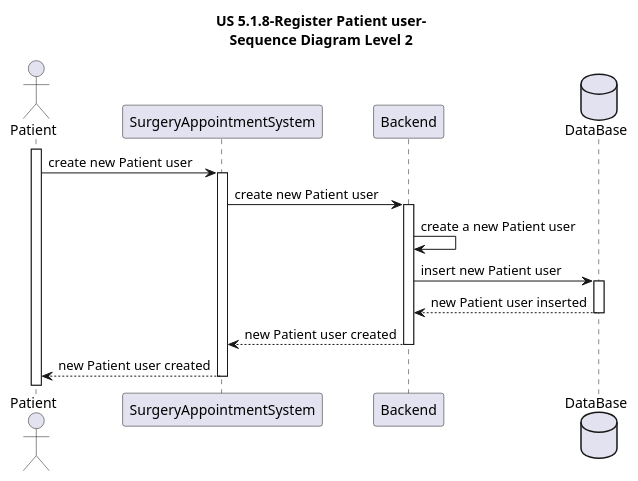
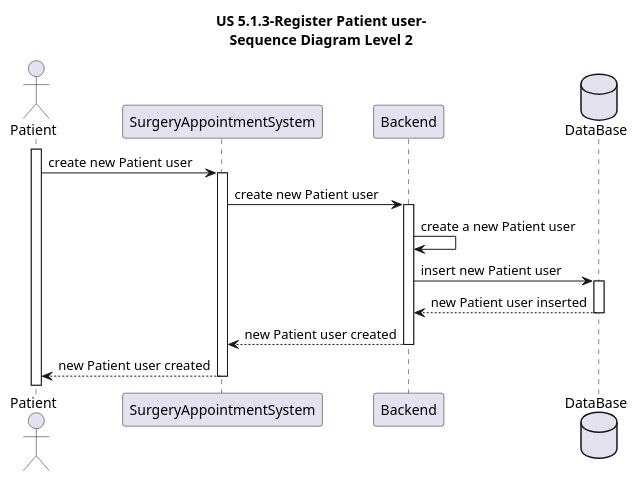
Before and after one commit to MateusCabral2004/sem5pi: the diagram in docs/Sprint 1/US 5.1.3/RegisterStaffUser/Sequence Diagrams/Level2/SD_Level2.puml, drawn with PlantUML. The commit also changed 2 other files, not shown here.

```diff
--- a/docs/Sprint 1/US 5.1.3/RegisterStaffUser/Sequence Diagrams/Level2/SD_Level2.puml
+++ b/docs/Sprint 1/US 5.1.3/RegisterStaffUser/Sequence Diagrams/Level2/SD_Level2.puml
@@ -1,38 +1,38 @@
 @startuml
 
-title US 5.1.8-Register Patient user-\nSequence Diagram Level 2
+title US 5.1.3-Register Patient user-\nSequence Diagram Level 2
 
 actor Patient
 participant SurgeryAppointmentSystem
 participant Backend
 database DataBase
 
 activate Patient
 
 Patient -> SurgeryAppointmentSystem: create new Patient user
 
     activate SurgeryAppointmentSystem
         
     SurgeryAppointmentSystem -> Backend: create new Patient user
     
     activate Backend
     
     Backend -> Backend: create a new Patient user
     
     Backend -> DataBase: insert new Patient user
     
         activate DataBase
         
         DataBase --> Backend: new Patient user inserted
         
         deactivate DataBase
         
     Backend --> SurgeryAppointmentSystem: new Patient user created
     
     deactivate Backend
     
     SurgeryAppointmentSystem --> Patient: new Patient user created
     
     deactivate SurgeryAppointmentSystem
     
 @enduml
```
